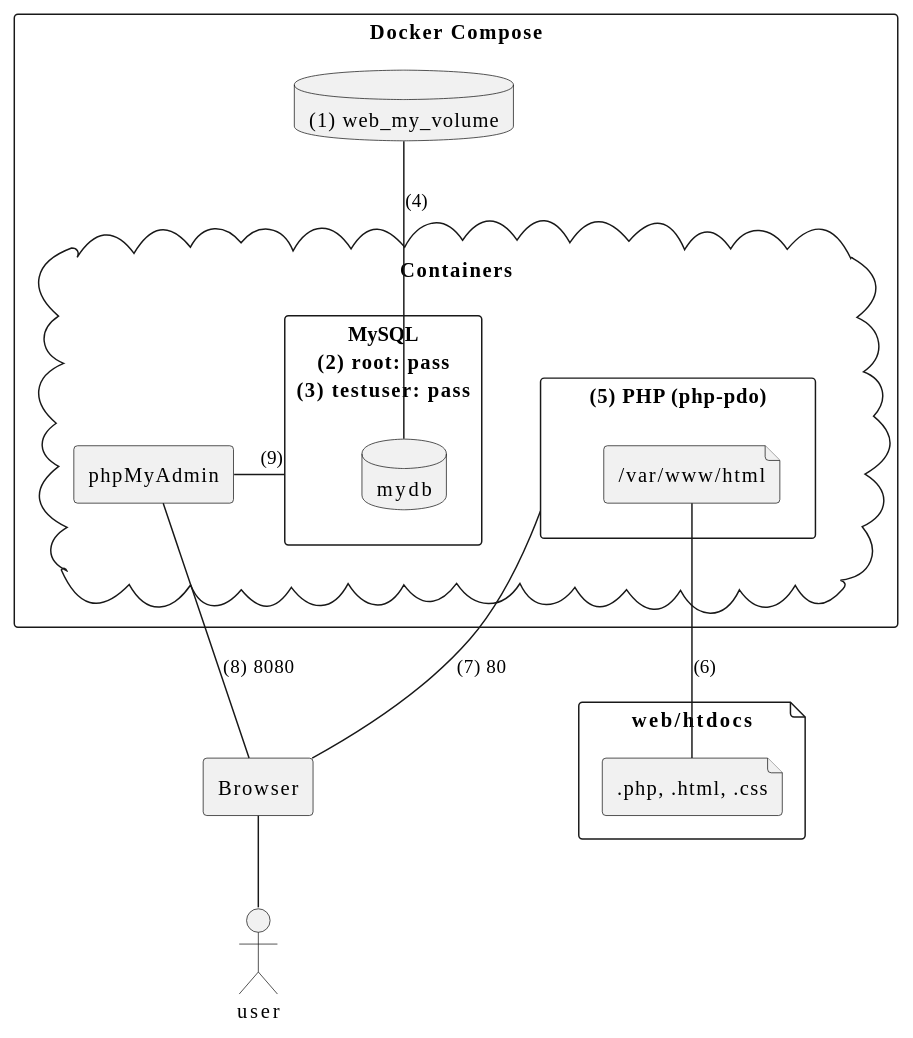
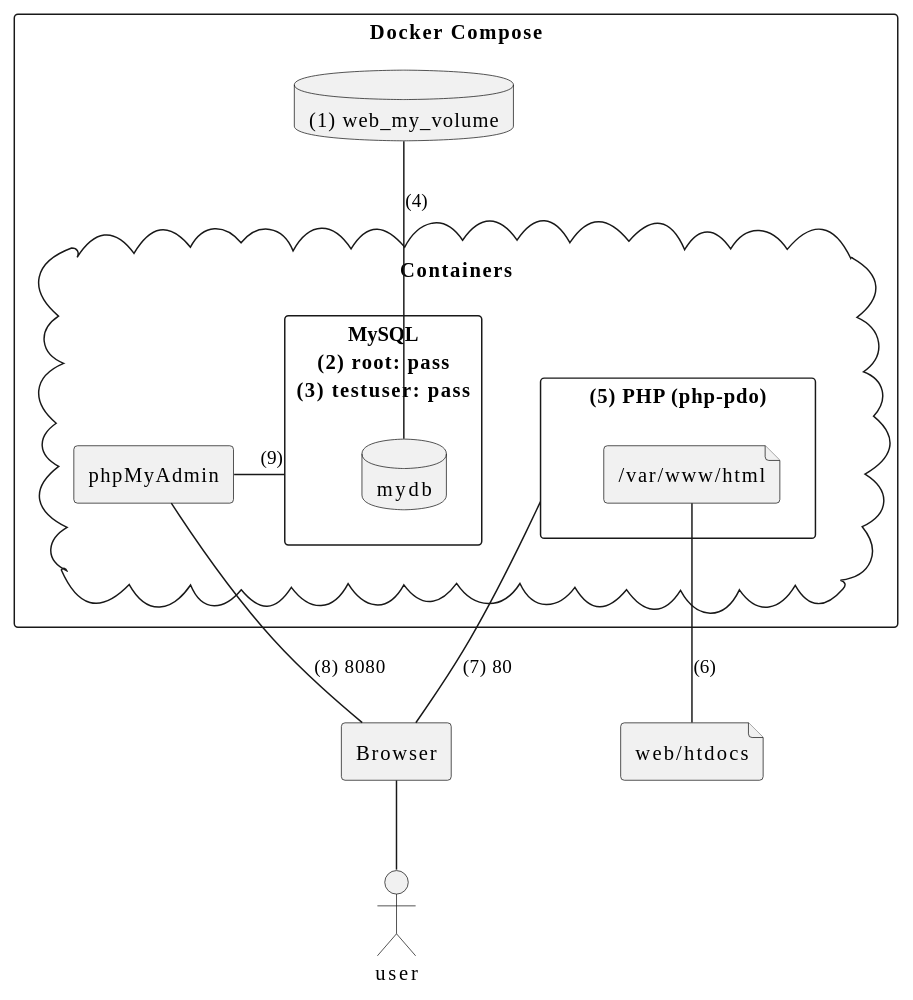
Before and after one commit to taroyabuki/pmit: the diagram in docker/image.md, drawn with PlantUML. The commit also changed 4 other files, not shown here.

````diff
--- a/docker/image.md
+++ b/docker/image.md
@@ -1,37 +1,35 @@
 ```puml
 @startuml
 skinparam {
   defaultFontName Hiragino Kaku Gothic ProN
   monochrome true
   shadowing false
 }
 
 rectangle Docker as "Docker Compose" {
   cloud containers as "Containers" {
     rectangle php as "(5) PHP (php-pdo)" {
-      file phpfile2 as "/var/www/html"
+      file html as "/var/www/html"
     }
     rectangle mysql as "MySQL\n(2) root: pass\n(3) testuser: pass" {
       database mydb as "mydb"
     }
     rectangle phpmyadmin as "phpMyAdmin"
   }
   database volume as "(1) web_my_volume"
 }
 rectangle browser as "Browser"
 actor user
-file web/htdocs {
-  file html as ".php, .html, .css"
-}
+file htdocs as "web/htdocs"
 
 user-up-browser
 browser-up-php:(7) 80
 browser-up-phpmyadmin:(8) 8080
 
 mydb-up-volume:(4)
 
-html-up-phpfile2:(6)
+htdocs-up-html:(6)
 phpmyadmin-mysql:(9)
 
 @enduml
 ```
````
